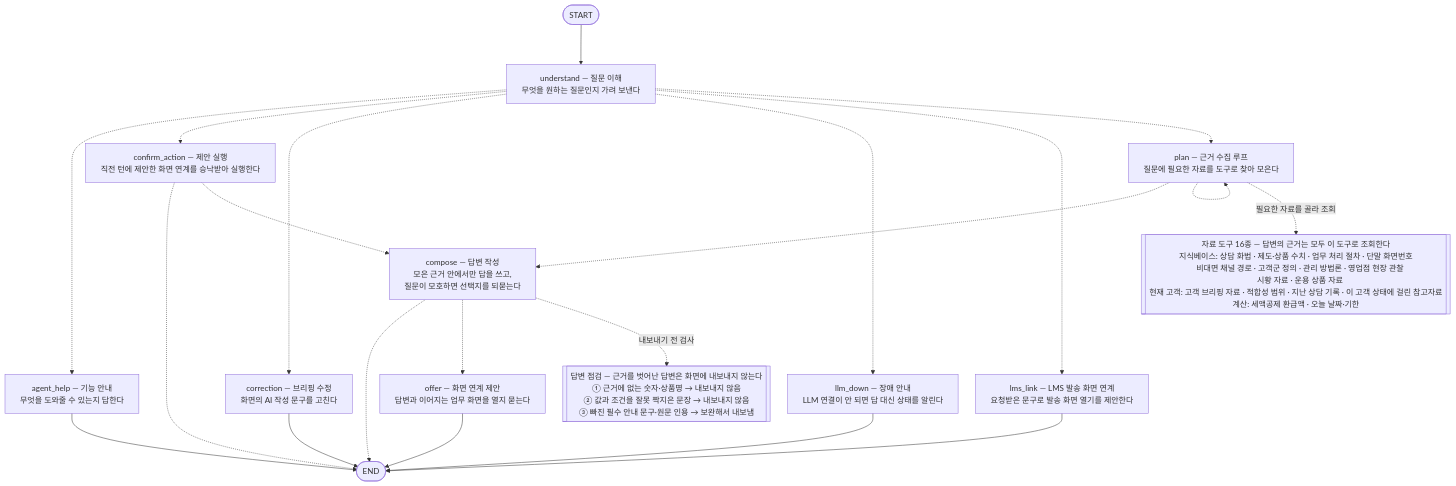
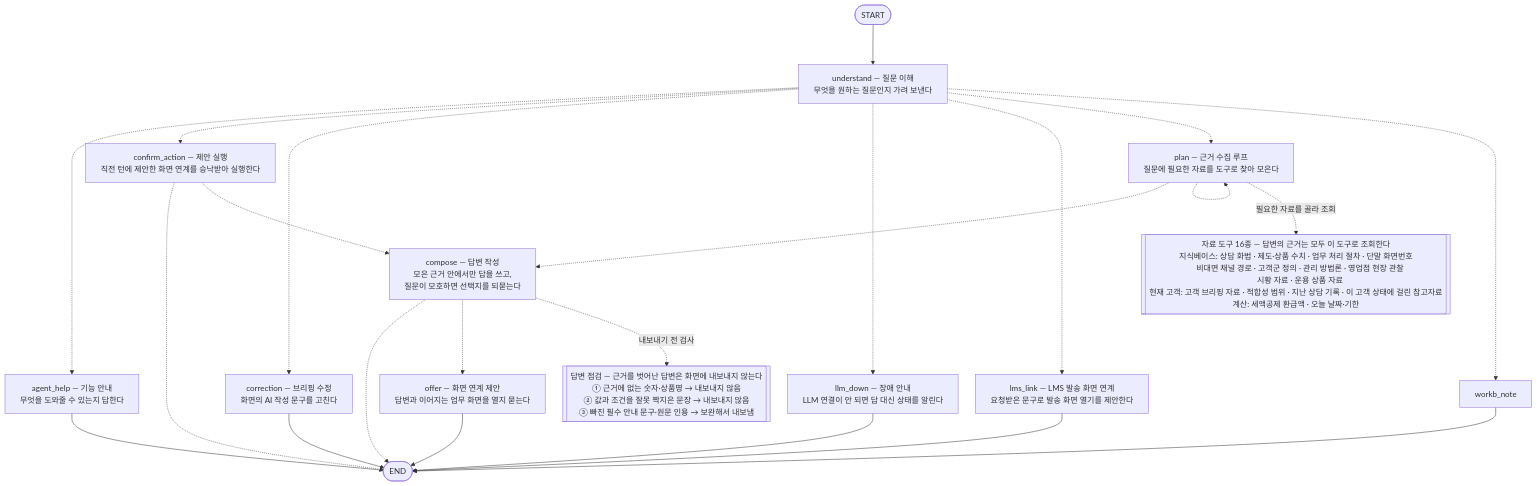
Before and after one commit to 09sunwoo-a/Pension_agent: the diagram in src/pension_agent/consult_agent/README.md, drawn with Mermaid. The commit also changed 10 other files, not shown here.

````diff
--- a/src/pension_agent/consult_agent/README.md
+++ b/src/pension_agent/consult_agent/README.md
@@ -170,37 +170,40 @@
 ```mermaid
 %%{init: {"flowchart": {"wrappingWidth": 800, "nodeSpacing": 35, "rankSpacing": 80}}}%%
 flowchart TD
     __start__([START])
     understand["understand — 질문 이해<br/>무엇을 원하는 질문인지 가려 보낸다"]
     agent_help["agent_help — 기능 안내<br/>무엇을 도와줄 수 있는지 답한다"]
     plan["plan — 근거 수집 루프<br/>질문에 필요한 자료를 도구로 찾아 모은다"]
     compose["compose — 답변 작성<br/>모은 근거 안에서만 답을 쓰고,<br/>질문이 모호하면 선택지를 되묻는다"]
     lms_link["lms_link — LMS 발송 화면 연계<br/>요청받은 문구로 발송 화면 열기를 제안한다"]
+    workb_note["workb_note"]
     correction["correction — 브리핑 수정<br/>화면의 AI 작성 문구를 고친다"]
     llm_down["llm_down — 장애 안내<br/>LLM 연결이 안 되면 답 대신 상태를 알린다"]
     confirm_action["confirm_action — 제안 실행<br/>직전 턴에 제안한 화면 연계를 승낙받아 실행한다"]
     offer["offer — 화면 연계 제안<br/>답변과 이어지는 업무 화면을 열지 묻는다"]
     __end__([END])
     __start__ --> understand
     compose -.-> __end__
     compose -.-> offer
     confirm_action -.-> __end__
     confirm_action -.-> compose
     plan -.-> compose
     plan -.-> plan
     understand -.-> agent_help
     understand -.-> confirm_action
     understand -.-> correction
     understand -.-> llm_down
     understand -.-> lms_link
     understand -.-> plan
+    understand -.-> workb_note
     agent_help --> __end__
     correction --> __end__
     llm_down --> __end__
     lms_link --> __end__
     offer --> __end__
+    workb_note --> __end__
     tools[["자료 도구 16종 — 답변의 근거는 모두 이 도구로 조회한다<br/>지식베이스: 상담 화법 · 제도·상품 수치 · 업무 처리 절차 · 단말 화면번호<br/>&nbsp;&nbsp;&nbsp;&nbsp;비대면 채널 경로 · 고객군 정의 · 관리 방법론 · 영업점 현장 관찰<br/>&nbsp;&nbsp;&nbsp;&nbsp;시황 자료 · 운용 상품 자료<br/>현재 고객: 고객 브리핑 자료 · 적합성 범위 · 지난 상담 기록 · 이 고객 상태에 걸린 참고자료<br/>계산: 세액공제 환급액 · 오늘 날짜·기한"]]
     plan -. "필요한 자료를 골라 조회" .-> tools
     gates[["답변 점검 — 근거를 벗어난 답변은 화면에 내보내지 않는다<br/>① 근거에 없는 숫자·상품명 → 내보내지 않음<br/>② 값과 조건을 잘못 짝지은 문장 → 내보내지 않음<br/>③ 빠진 필수 안내 문구·원문 인용 → 보완해서 내보냄"]]
     compose -. "내보내기 전 검사" .-> gates
 ```
````
